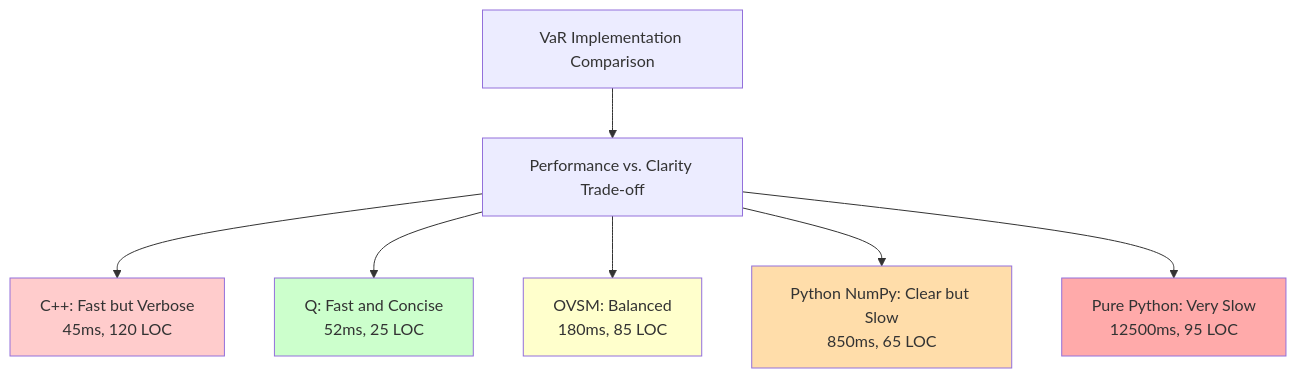
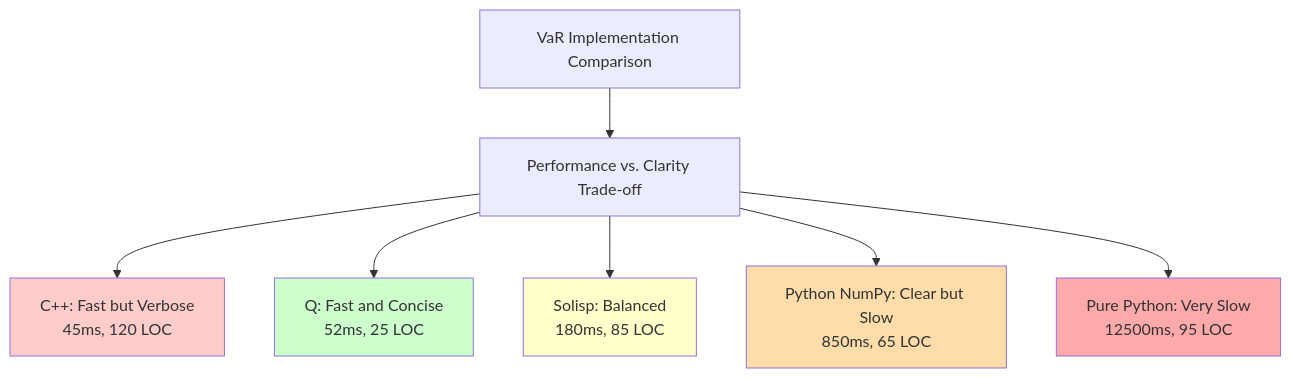
Before and after one commit to openSVM/solisp-book: the second of 5 diagrams in src/02_domain_specific_languages.md, drawn with Mermaid. The commit also changed other lines of this file and 21 other files, not shown here.

First line of the commit message:
Rename OVSM -> SOLISP throughout book

````diff
--- a/src/02_domain_specific_languages.md
+++ b/src/02_domain_specific_languages.md
@@ -708,15 +708,15 @@
 ```mermaid
 graph TD
     A[VaR Implementation Comparison] --> B[Performance vs. Clarity Trade-off]
     B --> C[C++: Fast but Verbose<br/>45ms, 120 LOC]
     B --> D[Q: Fast and Concise<br/>52ms, 25 LOC]
-    B --> E[OVSM: Balanced<br/>180ms, 85 LOC]
+    B --> E[Solisp: Balanced<br/>180ms, 85 LOC]
     B --> F[Python NumPy: Clear but Slow<br/>850ms, 65 LOC]
     B --> G[Pure Python: Very Slow<br/>12500ms, 95 LOC]
 
     style C fill:#ffcccc
     style D fill:#ccffcc
     style E fill:#ffffcc
     style F fill:#ffddaa
     style G fill:#ffaaaa
 ```
````
